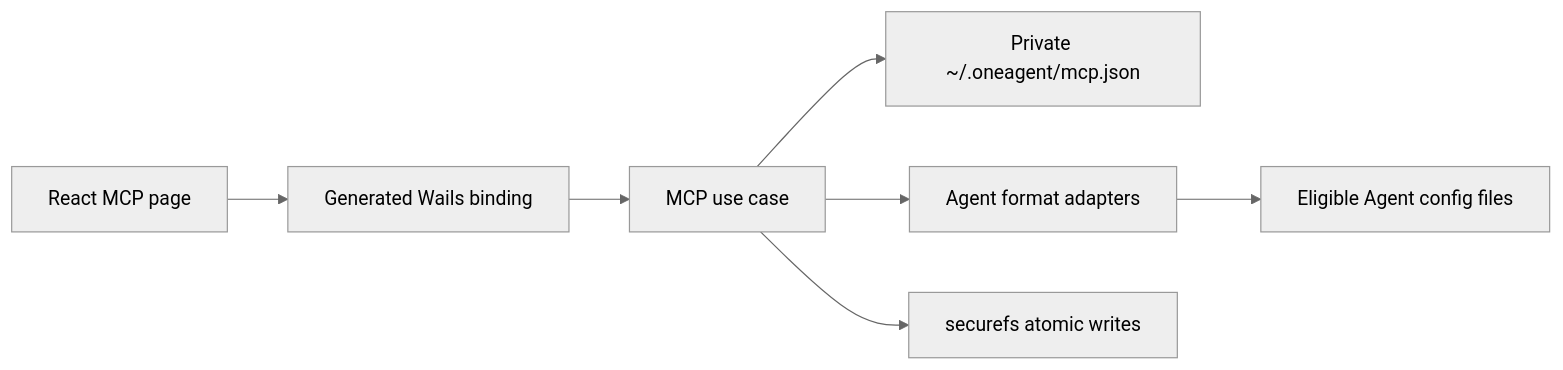
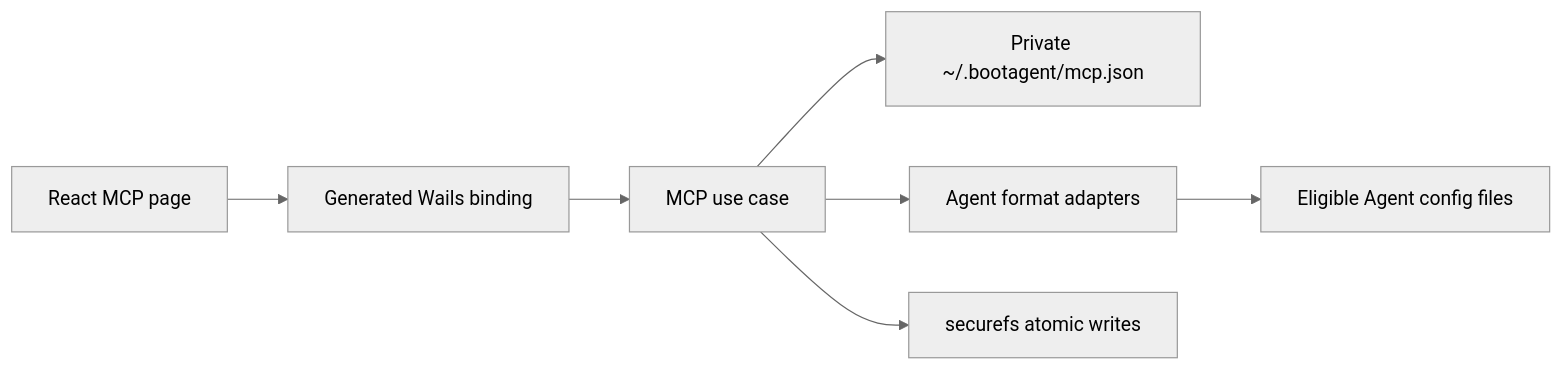
Before and after one commit to MaimoryLab/BootAgent: the diagram in docs/superpowers/specs/2026-08-12-mcp-registry-design.md, drawn with Mermaid (neutral theme). The commit also changed other lines of this file and 54 other files, not shown here.

````diff
--- a/docs/superpowers/specs/2026-08-12-mcp-registry-design.md
+++ b/docs/superpowers/specs/2026-08-12-mcp-registry-design.md
@@ -41,9 +41,9 @@
 ```mermaid
 flowchart LR
     UI["React MCP page"] --> B["Generated Wails binding"]
     B --> U["MCP use case"]
-    U --> R["Private ~/.oneagent/mcp.json"]
+    U --> R["Private ~/.bootagent/mcp.json"]
     U --> A["Agent format adapters"]
     A --> C["Eligible Agent config files"]
     U --> S["securefs atomic writes"]
 ```
````
